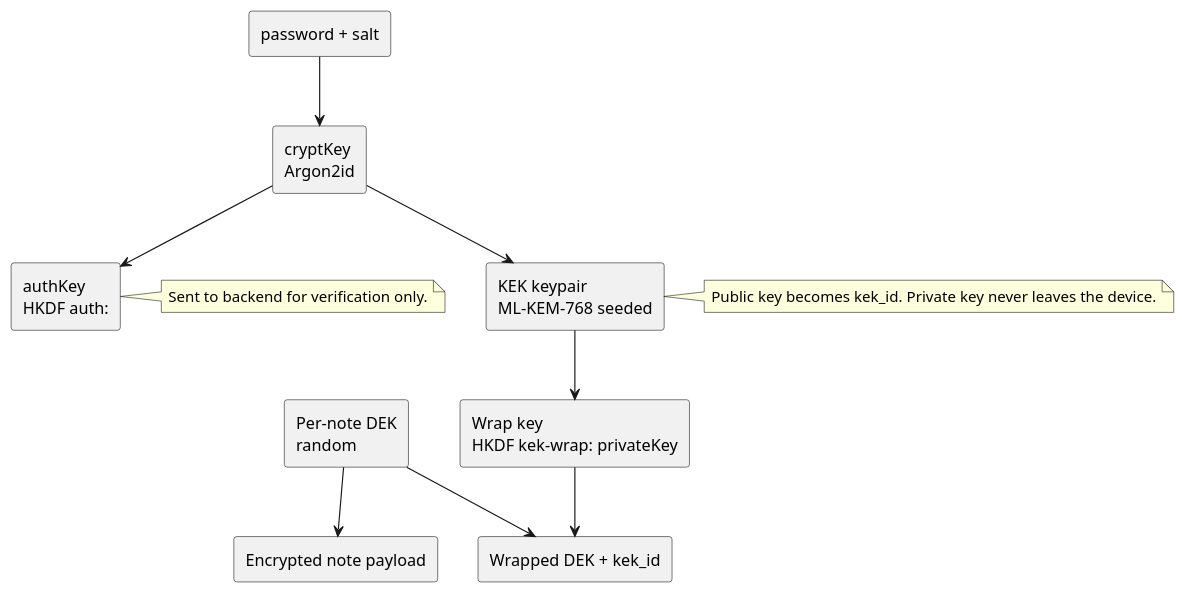
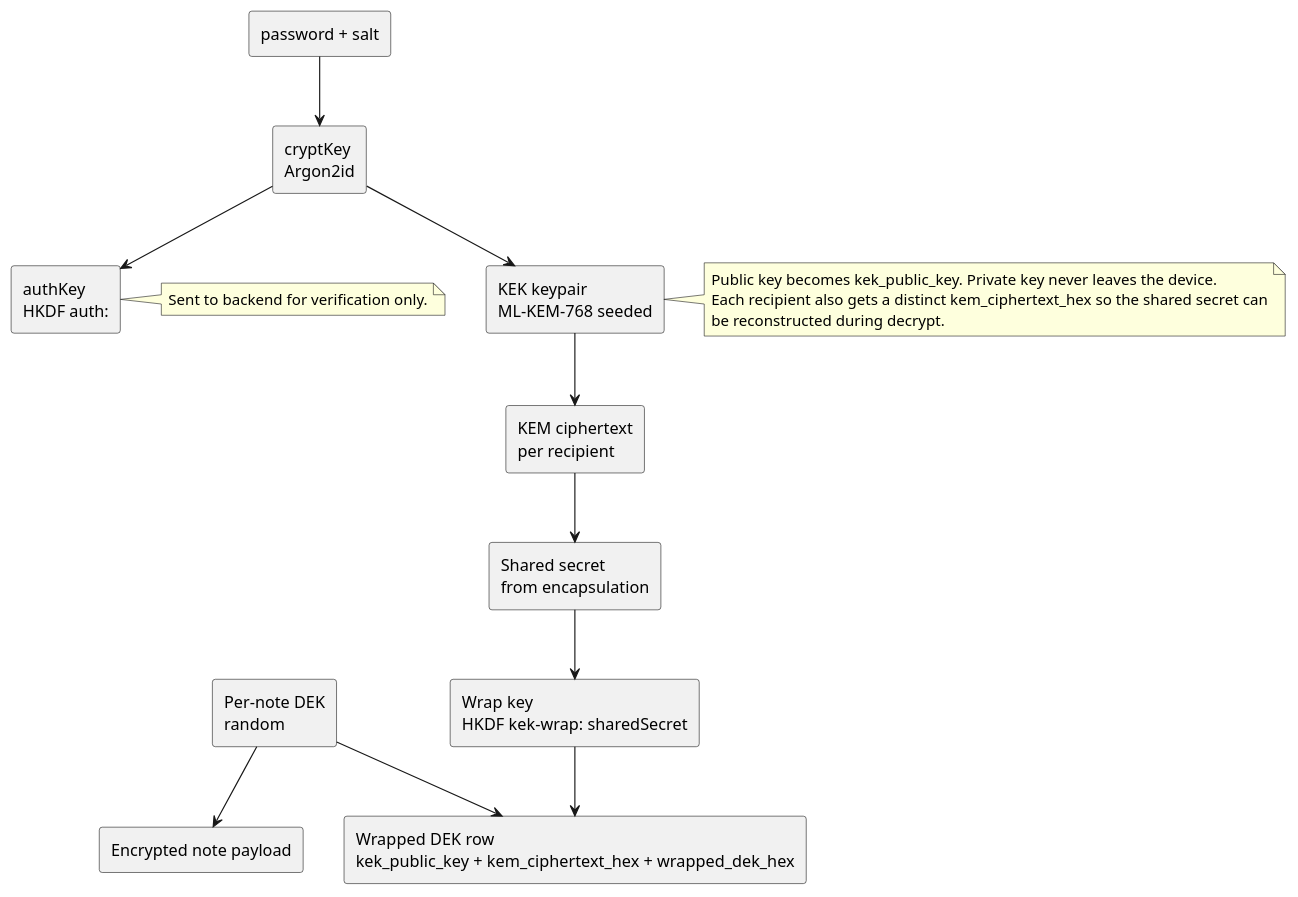
The third of 3 diagrams in apps/docs/docs/auth-note-encryption.md (benedikt-weyer/preset-reactnative-expo-frontend-rust-backend-e2ee-github), drawn with PlantUML before and after one commit. The commit also changed other lines of this file and 27 other files, not shown here.

````diff
--- a/apps/docs/docs/auth-note-encryption.md
+++ b/apps/docs/docs/auth-note-encryption.md
@@ -94,30 +99,36 @@
 ```plantuml format="svg_inline" alt="Key hierarchy for note encryption" title="Key hierarchy for note encryption"
 @startuml
 skinparam shadowing false
 
 rectangle "password + salt" as Input
 rectangle "cryptKey\nArgon2id" as CryptKey
 rectangle "authKey\nHKDF auth:" as AuthKey
 rectangle "KEK keypair\nML-KEM-768 seeded" as KekPair
-rectangle "Wrap key\nHKDF kek-wrap: privateKey" as WrapKey
+rectangle "KEM ciphertext\nper recipient" as KemCiphertext
+rectangle "Shared secret\nfrom encapsulation" as SharedSecret
+rectangle "Wrap key\nHKDF kek-wrap: sharedSecret" as WrapKey
 rectangle "Per-note DEK\nrandom" as Dek
 rectangle "Encrypted note payload" as Payload
-rectangle "Wrapped DEK + kek_id" as WrappedDek
+rectangle "Wrapped DEK row\nkek_public_key + kem_ciphertext_hex + wrapped_dek_hex" as WrappedDek
 
 Input --> CryptKey
 CryptKey --> AuthKey
 CryptKey --> KekPair
-KekPair --> WrapKey
+KekPair --> KemCiphertext
+KemCiphertext --> SharedSecret
+SharedSecret --> WrapKey
 WrapKey --> WrappedDek
 Dek --> Payload
 Dek --> WrappedDek
 
 note right of AuthKey
 Sent to backend for verification only.
 end note
 
 note right of KekPair
-Public key becomes kek_id. Private key never leaves the device.
+Public key becomes kek_public_key. Private key never leaves the device.
+Each recipient also gets a distinct kem_ciphertext_hex so the shared secret can
+be reconstructed during decrypt.
 end note
 @enduml
 ```
````
